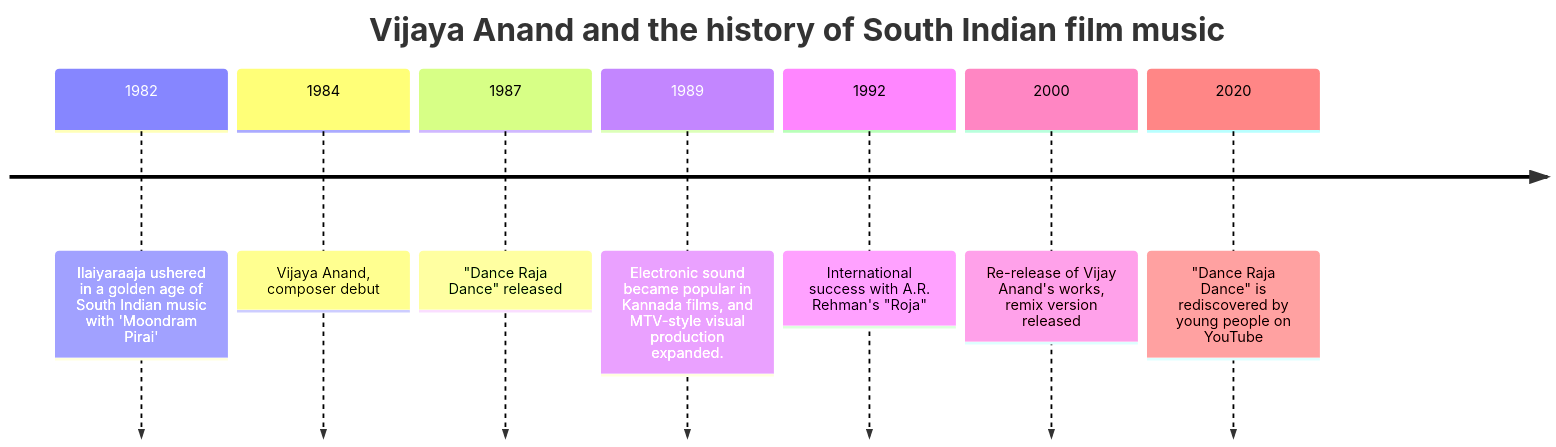
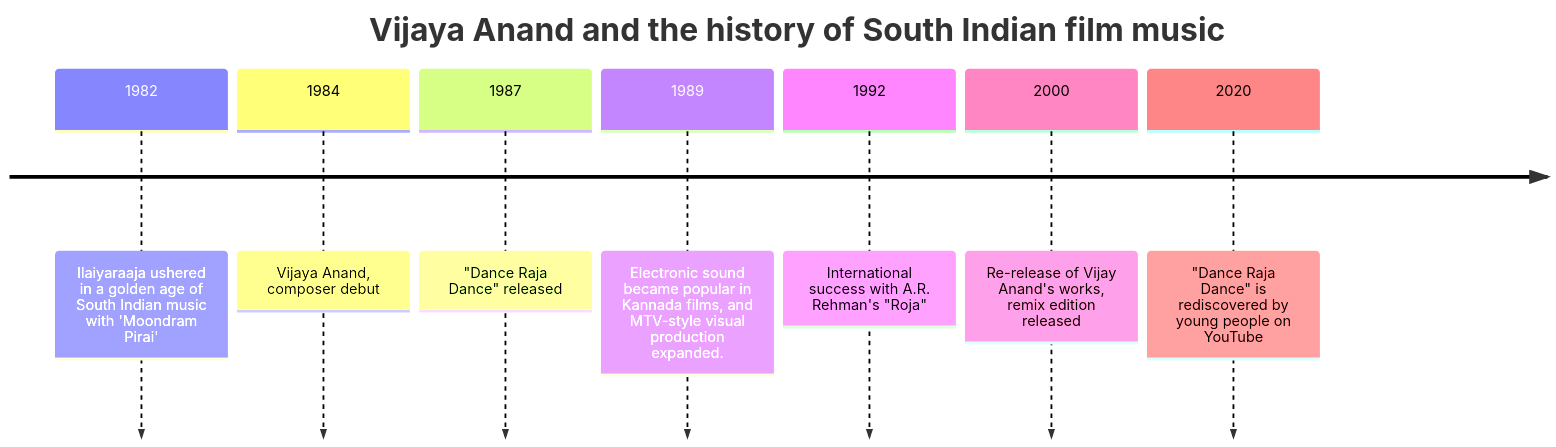
One commit to monumental-movement/monumental-movement.github.io changed the diagram in en/_posts/2025-11-02-column-dance-raja-dance.md. Above: the diagram before and after it, drawn with Mermaid. The commit also changed 120 other files, not shown here.

```diff
--- a/en/_posts/2025-11-02-column-dance-raja-dance.md
+++ b/en/_posts/2025-11-02-column-dance-raja-dance.md
@@ -143,13 +143,13 @@
 <div class="mermaid">
 
 timeline
 title Vijaya Anand and the history of South Indian film music
 1982 : Ilaiyaraaja ushered in a golden age of South Indian music with 'Moondram Pirai'
 1984 : Vijaya Anand, composer debut
 1987 : "Dance Raja Dance" released
 1989: Electronic sound became popular in Kannada films, and MTV-style visual production expanded.
 1992: International success with A.R. Rehman's "Roja"
-2000 : Re-release of Vijay Anand's works, remix version released
+2000 : Re-release of Vijay Anand's works, remix edition released
 2020: "Dance Raja Dance" is rediscovered by young people on YouTube
 
 </div>
```
